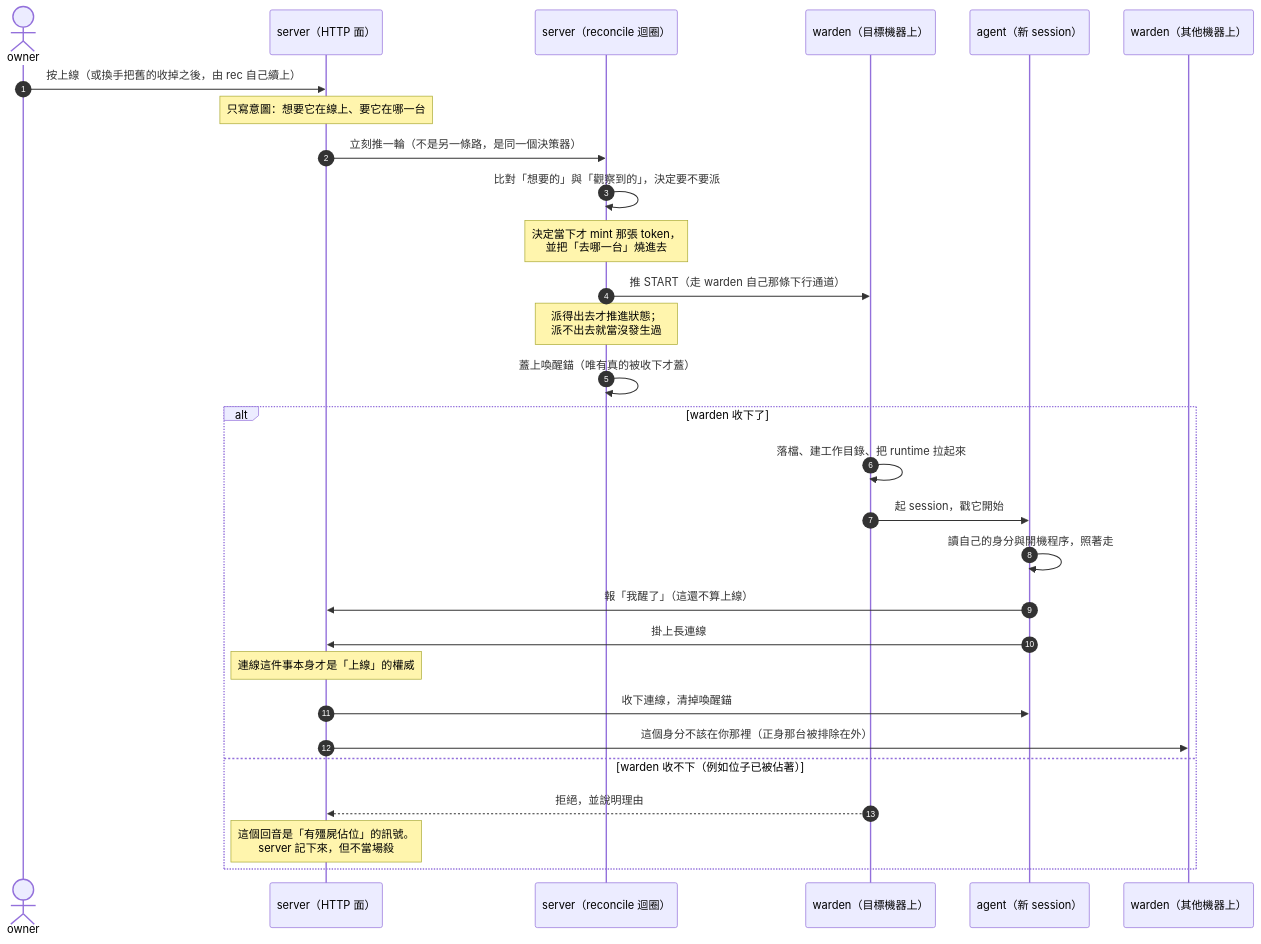
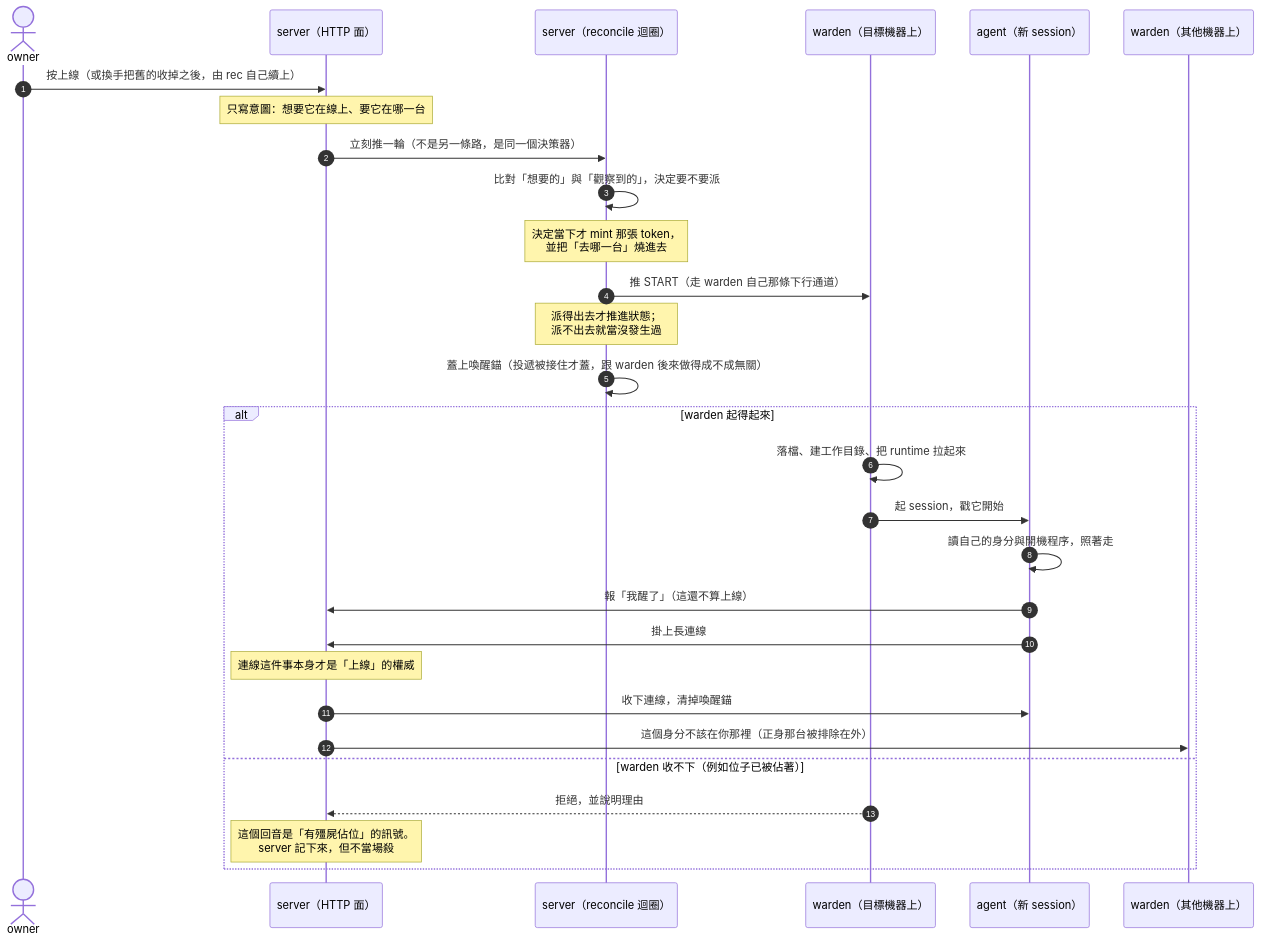
Before and after one commit to OTZro/OffiCraft: the diagram in docs/design/wake-flow.md, drawn with Mermaid. The commit also changed other lines of this file, not shown here.

````diff
--- a/docs/design/wake-flow.md
+++ b/docs/design/wake-flow.md
@@ -30,35 +30,35 @@
 ```mermaid
 sequenceDiagram
     autonumber
     actor owner as owner
     participant srv as server（HTTP 面）
     participant rec as server（reconcile 迴圈）
     participant w as warden（目標機器上）
     participant agent as agent（新 session）
     participant w2 as warden（其他機器上）
 
     owner->>srv: 按上線（或換手把舊的收掉之後，由 rec 自己續上）
     Note over srv: 只寫意圖：想要它在線上、要它在哪一台
     srv->>rec: 立刻推一輪（不是另一條路，是同一個決策器）
 
     rec->>rec: 比對「想要的」與「觀察到的」，決定要不要派
     Note over rec: 決定當下才 mint 那張 token，<br/>並把「去哪一台」燒進去
 
     rec->>w: 推 START（走 warden 自己那條下行通道）
     Note over rec: 派得出去才推進狀態；<br/>派不出去就當沒發生過
-    rec->>rec: 蓋上喚醒錨（唯有真的被收下才蓋）
+    rec->>rec: 蓋上喚醒錨（投遞被接住才蓋，跟 warden 後來做得成不成無關）
 
-    alt warden 收下了
+    alt warden 起得起來
         w->>w: 落檔、建工作目錄、把 runtime 拉起來
         w->>agent: 起 session，戳它開始
         agent->>agent: 讀自己的身分與開機程序，照著走
         agent->>srv: 報「我醒了」（這還不算上線）
         agent->>srv: 掛上長連線
         Note over srv: 連線這件事本身才是「上線」的權威
         srv->>agent: 收下連線，清掉喚醒錨
         srv->>w2: 這個身分不該在你那裡（正身那台被排除在外）
     else warden 收不下（例如位子已被佔著）
         w-->>srv: 拒絕，並說明理由
         Note over srv: 這個回音是「有殭屍佔位」的訊號。<br/>server 記下來，但不當場殺
     end
 ```
````
